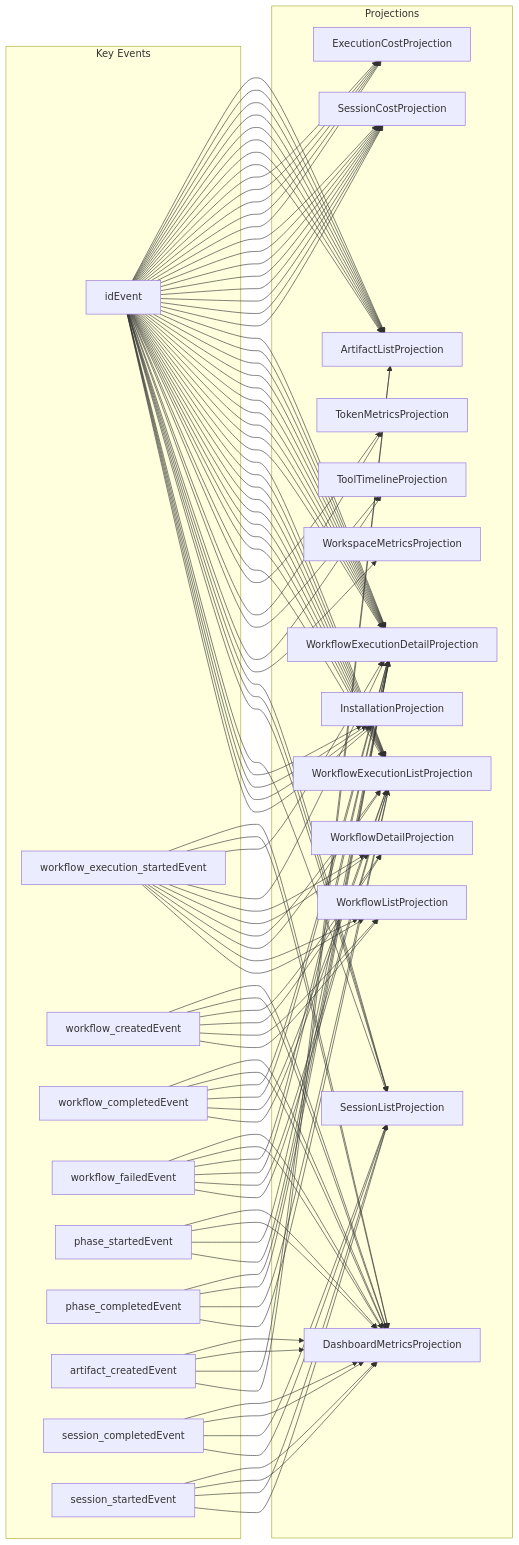
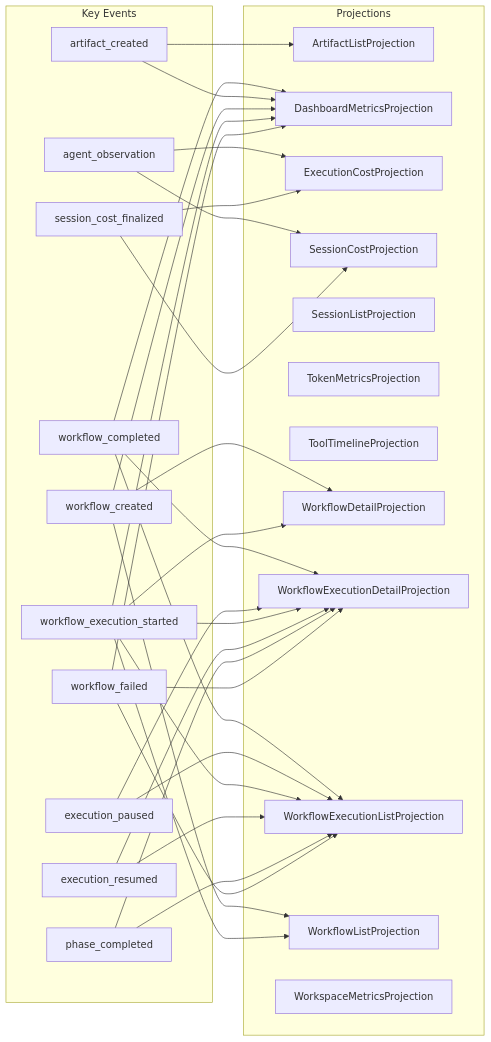
The diagram in docs/architecture/projection-subscriptions.md (syntropic137/syntropic137), drawn with Mermaid before and after one commit. The commit also changed other lines of this file and 2 other files, not shown here.

Commit message:
fix(vsa): update manifest with corrected subscribed_events
Updates manifest after VSA scanner fix (es-p PR #165):

- Eliminated false positives (idEvent, msEvent, typeEvent, etc.)
- Eliminated duplicate entries in subscribed_events arrays
- Now correctly detects snake_case events (session_started, etc.)

Example SessionListProjection now shows:
- session_started
- session_completed
- operation_recorded
- subagent_started
- subagent_stopped

Instead of: idEvent, msEvent, typeEvent (false positives)

Submodule points to fix/vsa-subscribed-events-quality branch
pending PR merge.

````diff
--- a/docs/architecture/projection-subscriptions.md
+++ b/docs/architecture/projection-subscriptions.md
@@ -15,133 +15,57 @@
 ```mermaid
 graph LR
     subgraph events["Key Events"]
-        e1[idEvent]
-        e2[workflow_execution_startedEvent]
-        e3[workflow_createdEvent]
-        e4[workflow_completedEvent]
-        e5[workflow_failedEvent]
-        e6[phase_startedEvent]
-        e7[phase_completedEvent]
-        e8[artifact_createdEvent]
-        e9[session_completedEvent]
-        e10[session_startedEvent]
+        e1[workflow_execution_started]
+        e2[workflow_completed]
+        e3[workflow_created]
+        e4[workflow_failed]
+        e5[agent_observation]
+        e6[execution_paused]
+        e7[artifact_created]
+        e8[execution_resumed]
+        e9[session_cost_finalized]
+        e10[phase_completed]
     end
 
     subgraph projections["Projections"]
         p1[ArtifactListProjection]
         p2[DashboardMetricsProjection]
         p3[ExecutionCostProjection]
-        p4[InstallationProjection]
-        p5[SessionCostProjection]
-        p6[SessionListProjection]
-        p7[TokenMetricsProjection]
-        p8[ToolTimelineProjection]
-        p9[WorkflowDetailProjection]
-        p10[WorkflowExecutionDetailProjection]
-        p11[WorkflowExecutionListProjection]
-        p12[WorkflowListProjection]
-        p13[WorkspaceMetricsProjection]
+        p4[SessionCostProjection]
+        p5[SessionListProjection]
+        p6[TokenMetricsProjection]
+        p7[ToolTimelineProjection]
+        p8[WorkflowDetailProjection]
+        p9[WorkflowExecutionDetailProjection]
+        p10[WorkflowExecutionListProjection]
+        p11[WorkflowListProjection]
+        p12[WorkspaceMetricsProjection]
     end
 
+    e5 --> p3
+    e5 --> p4
+    e2 --> p2
+    e2 --> p9
+    e2 --> p10
+    e6 --> p9
+    e6 --> p10
+    e7 --> p2
+    e7 --> p1
     e3 --> p2
-    e3 --> p2
-    e3 --> p9
-    e3 --> p9
-    e3 --> p12
-    e3 --> p12
-    e4 --> p2
-    e4 --> p2
-    e4 --> p10
-    e4 --> p10
-    e4 --> p11
-    e4 --> p11
-    e6 --> p2
-    e6 --> p2
-    e6 --> p10
-    e6 --> p10
-    e7 --> p10
-    e7 --> p10
-    e7 --> p11
-    e7 --> p11
-    e8 --> p2
-    e8 --> p2
-    e8 --> p1
-    e8 --> p1
-    e1 --> p1
-    e1 --> p1
-    e1 --> p1
-    e1 --> p1
-    e1 --> p1
-    e1 --> p1
-    e1 --> p1
-    e1 --> p1
-    e1 --> p3
-    e1 --> p3
-    e1 --> p3
-    e1 --> p3
-    e1 --> p3
-    e1 --> p5
-    e1 --> p5
-    e1 --> p5
-    e1 --> p5
-    e1 --> p5
-    e1 --> p5
-    e1 --> p5
-    e1 --> p5
-    e1 --> p10
-    e1 --> p10
-    e1 --> p10
-    e1 --> p10
-    e1 --> p10
-    e1 --> p10
-    e1 --> p10
-    e1 --> p10
-    e1 --> p10
+    e3 --> p8
+    e3 --> p11
+    e1 --> p2
+    e1 --> p9
+    e1 --> p8
     e1 --> p10
     e1 --> p11
-    e1 --> p11
-    e1 --> p11
-    e1 --> p11
-    e1 --> p11
-    e1 --> p11
-    e1 --> p11
-    e1 --> p11
-    e1 --> p11
-    e1 --> p7
-    e1 --> p7
-    e1 --> p8
-    e1 --> p8
-    e1 --> p13
-    e1 --> p6
-    e1 --> p6
-    e1 --> p6
-    e1 --> p6
-    e1 --> p4
-    e1 --> p4
-    e1 --> p4
-    e1 --> p4
-    e9 --> p2
-    e9 --> p2
-    e9 --> p6
-    e9 --> p6
-    e2 --> p2
-    e2 --> p2
-    e2 --> p10
-    e2 --> p10
-    e2 --> p9
-    e2 --> p9
-    e2 --> p11
-    e2 --> p11
-    e2 --> p12
-    e2 --> p12
-    e10 --> p2
-    e10 --> p2
-    e10 --> p6
-    e10 --> p6
-    e5 --> p2
-    e5 --> p2
-    e5 --> p10
-    e5 --> p10
-    e5 --> p11
-    e5 --> p11
+    e8 --> p9
+    e8 --> p10
+    e9 --> p3
+    e9 --> p4
+    e10 --> p9
+    e10 --> p10
+    e4 --> p2
+    e4 --> p9
+    e4 --> p10
 ```
````
